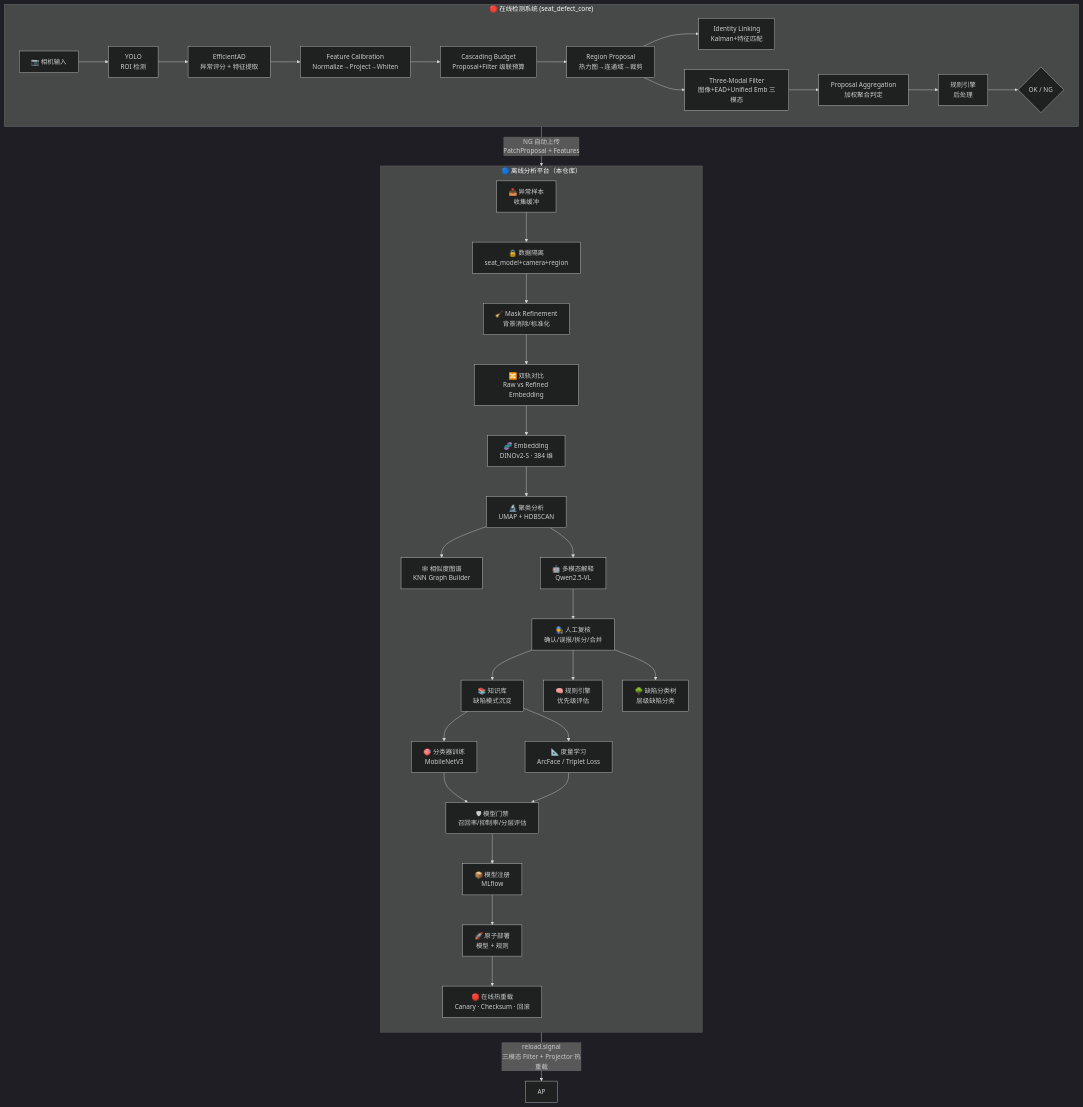
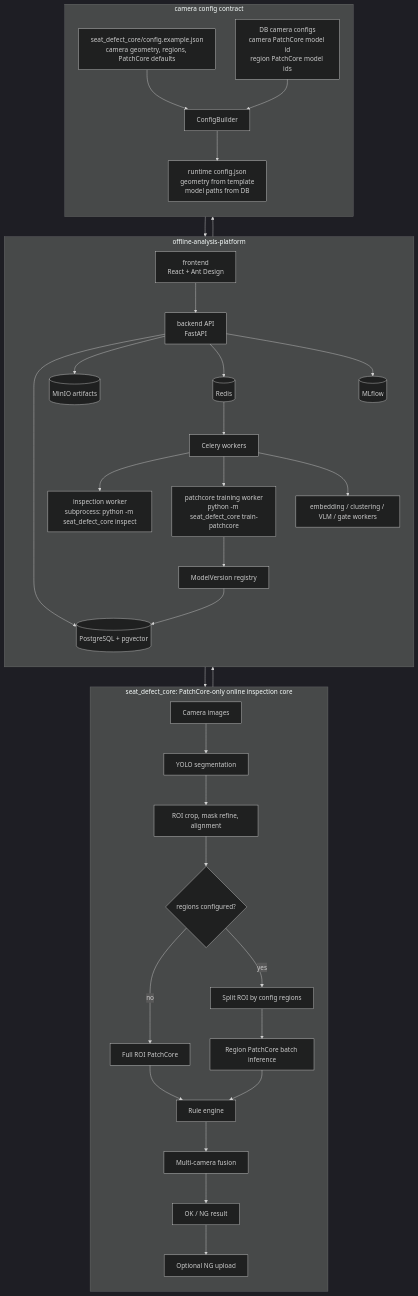
Before and after one commit to celien99/offline-analysis-platform: the diagram in README.md, drawn with Mermaid (dark theme). The commit also changed other lines of this file, not shown here.

Commit message:
docs: update patchcore architecture readme

````diff
--- a/README.md
+++ b/README.md
@@ -35,41 +18,48 @@
 ```mermaid
 flowchart TB
-    subgraph ONLINE["🔴 在线检测系统 (seat_defect_core)"]
-        direction LR
-        CAM["📷 相机输入"] --> YOLO["YOLO<br/>ROI 检测"]
-        YOLO --> PC["EfficientAD<br/>异常评分 + 特征提取"]
-        PC --> CAL["Feature Calibration<br/>Normalize→Project→Whiten"]
-        CAL --> BC["Cascading Budget<br/>Proposal+Filter 级联预算"]
-        BC --> RP["Region Proposal<br/>热力图→连通域→裁剪"]
-        RP --> IL["Identity Linking<br/>Kalman+特征匹配"]
-        RP --> FC["Three-Modal Filter<br/>图像+EAD+Unified Emb 三模态"]
-        FC --> AG["Proposal Aggregation<br/>加权聚合判定"]
-        AG --> RE["规则引擎<br/>后处理"]
-        RE --> DECISION{"OK / NG"}
+    subgraph CORE["seat_defect_core: PatchCore-only online inspection core"]
+        direction TB
+        IMG["Camera images"] --> YOLO["YOLO segmentation"]
+        YOLO --> ROI["ROI crop, mask refine, alignment"]
+        ROI --> REGION{"regions configured?"}
+        REGION -- "no" --> FULLPC["Full ROI PatchCore"]
+        REGION -- "yes" --> SPLIT["Split ROI by config regions"]
+        SPLIT --> RPC["Region PatchCore batch inference"]
+        FULLPC --> RULE["Rule engine"]
+        RPC --> RULE
+        RULE --> FUSION["Multi-camera fusion"]
+        FUSION --> RESULT["OK / NG result"]
+        RESULT --> UPLOAD["Optional NG upload"]
     end
 
-    subgraph OFFLINE["🔵 离线分析平台（本仓库）"]
+    subgraph PLATFORM["offline-analysis-platform"]
         direction TB
-        INGEST["📥 异常样本<br/>收集缓冲"] --> ISOLATION["🔒 数据隔离<br/>seat_model+camera+region"]
-        ISOLATION --> MASK["🧹 Mask Refinement<br/>背景消除/标准化"]
-        MASK --> DUAL["🔀 双轨对比<br/>Raw vs Refined Embedding"]
-        DUAL --> EMBED["🧬 Embedding<br/>DINOv2-S · 384 维"]
-        EMBED --> CLUSTER["🔬 聚类分析<br/>UMAP + HDBSCAN"]
-        CLUSTER --> GRAPH["🕸 相似度图谱<br/>KNN Graph Builder"]
-        CLUSTER --> VLM["🤖 多模态解释<br/>Qwen2.5-VL"]
-        VLM --> REVIEW["👨‍🔧 人工复核<br/>确认/误报/拆分/合并"]
-        REVIEW --> KB["📚 知识库<br/>缺陷模式沉淀"]
-        REVIEW --> RULES["🧠 规则引擎<br/>优先级评估"]
-        REVIEW --> TAX["🌳 缺陷分类树<br/>层级缺陷分类"]
-        KB --> TRAIN["🎯 分类器训练<br/>MobileNetV3"]
-        KB --> METRIC["📐 度量学习<br/>ArcFace / Triplet Loss"]
-        TRAIN --> GATE["🛡 模型门禁<br/>召回率/抑制率/分层评估"]
-        METRIC --> GATE
-        GATE --> REGISTRY["📦 模型注册<br/>MLflow"]
-        REGISTRY --> DEPLOY["🚀 原子部署<br/>模型 + 规则"]
-        DEPLOY --> HOT["🔴 在线热重载<br/>Canary · Checksum · 回滚"]
+        FE["frontend<br/>React + Ant Design"] --> API["backend API<br/>FastAPI"]
+        API --> DB[("PostgreSQL + pgvector")]
+        API --> MINIO[("MinIO artifacts")]
+        API --> REDIS[("Redis")]
+        API --> MLFLOW[("MLflow")]
+        REDIS --> WORKER["Celery workers"]
+        WORKER --> CORE_RUN["inspection worker<br/>subprocess: python -m seat_defect_core inspect"]
+        WORKER --> PC_TRAIN["patchcore training worker<br/>python -m seat_defect_core train-patchcore"]
+        WORKER --> EMB["embedding / clustering / VLM / gate workers"]
+        PC_TRAIN --> REGISTRY["ModelVersion registry"]
+        REGISTRY --> DB
     end
 
-    ONLINE -->|"NG 自动上传<br/>PatchProposal + Features"| INGEST
-    HOT -->|"reload.signal<br/>三模态 Filter + Projector 热重载"| AP
+    CORE_RUN --> CORE
+    UPLOAD --> API
+
+    subgraph CONFIG["camera config contract"]
+        direction TB
+        TEMPLATE["seat_defect_core/config.example.json<br/>camera geometry, regions, PatchCore defaults"]
+        BINDING["DB camera configs<br/>camera PatchCore model id<br/>region PatchCore model ids"]
+        BUILDER["ConfigBuilder"]
+        TEMPLATE --> BUILDER
+        BINDING --> BUILDER
+        BUILDER --> RUNTIME["runtime config.json<br/>geometry from template<br/>model paths from DB"]
+    end
+
+    API --> BUILDER
+    RUNTIME --> CORE_RUN
 ```
````
